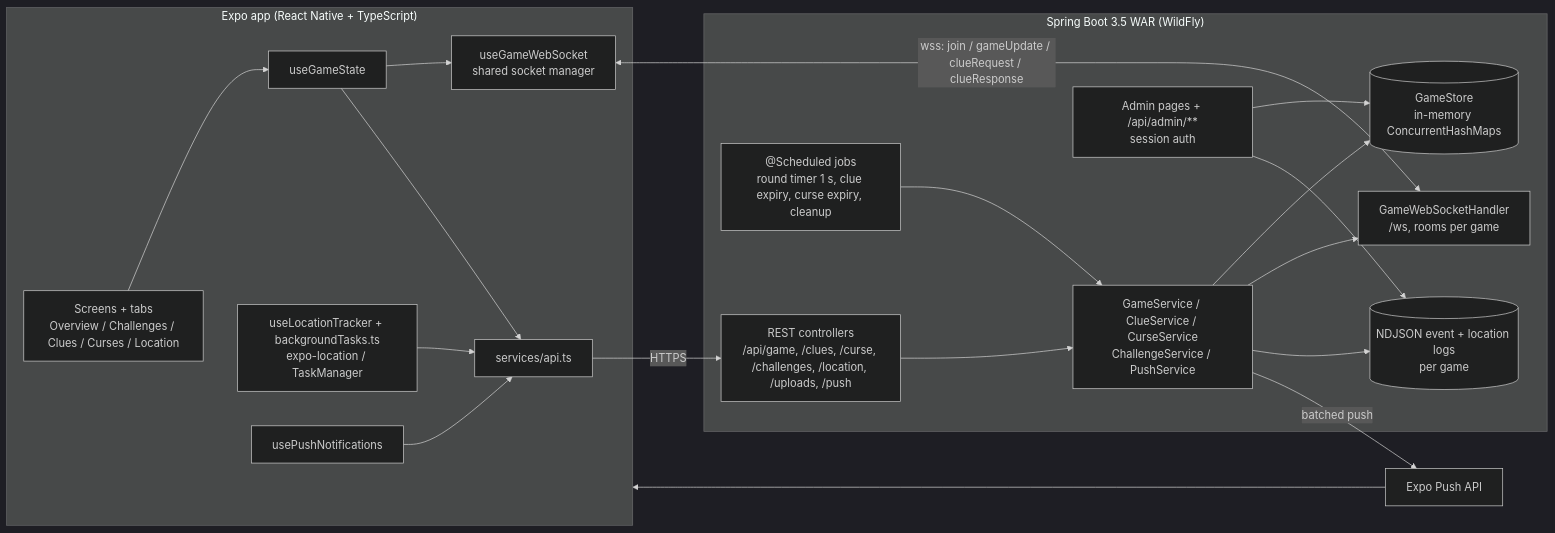
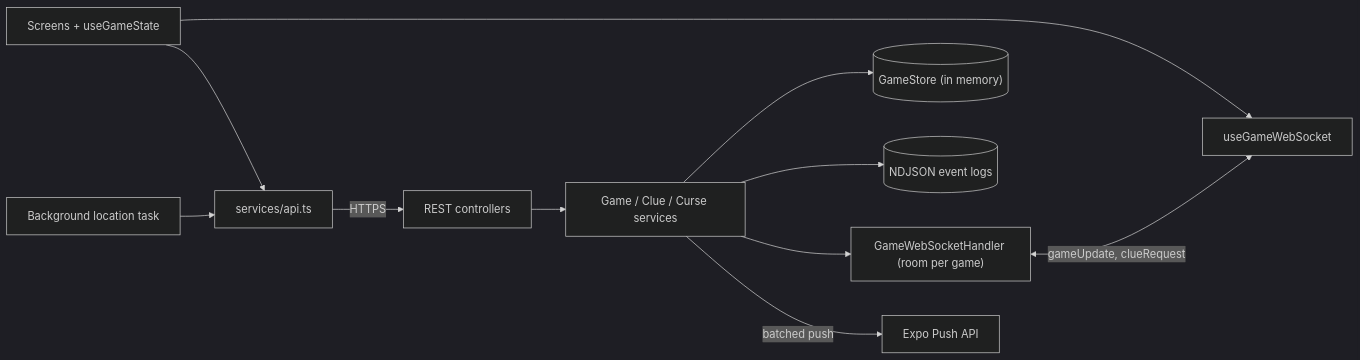
The diagram in README.md (u759/hideAndSeek), drawn with Mermaid (dark theme) before and after one commit. The commit also changed other lines of this file, not shown here.

````diff
--- a/README.md
+++ b/README.md
@@ -41,35 +20,13 @@
 ```mermaid
 flowchart LR
-  subgraph Phone["Expo app (React Native + TypeScript)"]
-    SCR["Screens + tabs<br/>Overview / Challenges / Clues / Curses / Location"]
-    GS["useGameState"]
-    WSC["useGameWebSocket<br/>shared socket manager"]
-    REST["services/api.ts"]
-    LOC["useLocationTracker + backgroundTasks.ts<br/>expo-location / TaskManager"]
-    PUSH["usePushNotifications"]
-    SCR --> GS --> WSC
-    GS --> REST
-    LOC --> REST
-    PUSH --> REST
-  end
-
-  subgraph Server["Spring Boot 3.5 WAR (WildFly)"]
-    CTRL["REST controllers<br/>/api/game, /clues, /curse, /challenges, /location, /uploads, /push"]
-    SVC["GameService / ClueService / CurseService<br/>ChallengeService / PushService"]
-    STORE[("GameStore<br/>in-memory ConcurrentHashMaps")]
-    HUB["GameWebSocketHandler<br/>/ws, rooms per game"]
-    SCHED["@Scheduled jobs<br/>round timer 1 s, clue expiry, curse expiry, cleanup"]
-    LOGS[("NDJSON event + location logs<br/>per game")]
-    ADMIN["Admin pages + /api/admin/**<br/>session auth"]
-    CTRL --> SVC --> STORE
-    SVC --> HUB
-    SVC --> LOGS
-    SCHED --> SVC
-    ADMIN --> STORE
-    ADMIN --> LOGS
-  end
-
-  REST -- HTTPS --> CTRL
-  WSC <-- "wss: join / gameUpdate / clueRequest / clueResponse" --> HUB
-  SVC -- "batched push" --> EXPO["Expo Push API"] --> Phone
+  UI["Screens + useGameState"] --> WSC["useGameWebSocket"]
+  UI --> REST["services/api.ts"]
+  LOC["Background location task"] --> REST
+  REST -->|"HTTPS"| CTRL["REST controllers"]
+  CTRL --> SVC["Game / Clue / Curse services"]
+  SVC --> STORE[("GameStore (in memory)")]
+  SVC --> LOGS[("NDJSON event logs")]
+  SVC --> HUB["GameWebSocketHandler (room per game)"]
+  HUB <-->|"gameUpdate, clueRequest"| WSC
+  SVC -->|"batched push"| EXPO["Expo Push API"]
 ```
````
